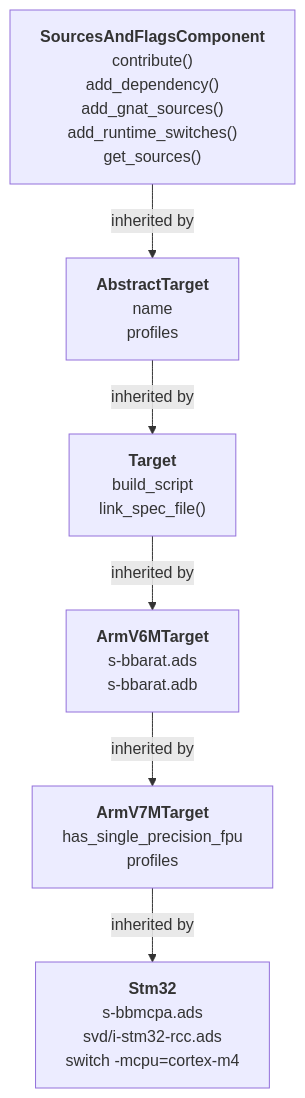
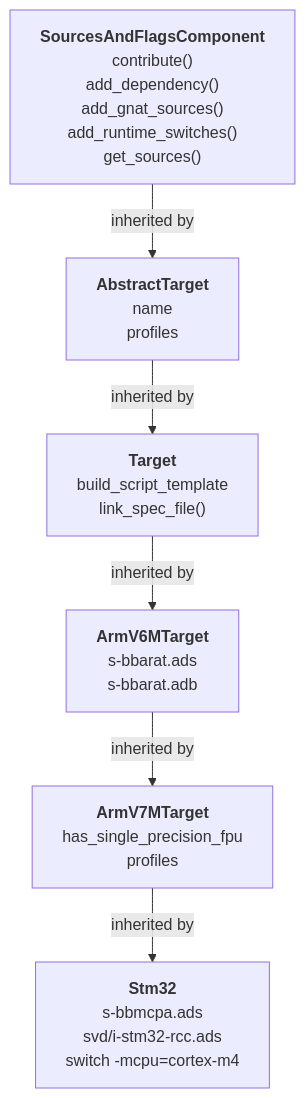
The second of 5 diagrams in doc/overview/3_architecture.rst (AdaCore/bb-runtimes), drawn with Mermaid before and after one commit. The commit also changed 11 other files, not shown here.

```diff
--- a/doc/overview/3_architecture.rst
+++ b/doc/overview/3_architecture.rst
@@ -194,15 +194,15 @@
 .. mermaid::
 
    flowchart TB
       SFC["<b>SourcesAndFlagsComponent</b><br/>contribute()<br/>add_dependency()<br/>add_gnat_sources()<br/>add_runtime_switches()<br/>get_sources()"]
       AT["<b>AbstractTarget</b><br/>name<br/>profiles"]
-      T["<b>Target</b><br/>build_script<br/>link_spec_file()"]
+      T["<b>Target</b><br/>build_script_template<br/>link_spec_file()"]
       A6["<b>ArmV6MTarget</b><br/>s-bbarat.ads<br/>s-bbarat.adb"]
       A7["<b>ArmV7MTarget</b><br/>has_single_precision_fpu<br/>profiles"]
       S["<b>Stm32</b><br/>s-bbmcpa.ads<br/>svd/i-stm32-rcc.ads<br/>switch -mcpu=cortex-m4"]
 
       SFC -->|inherited by| AT
       AT -->|inherited by| T
       T -->|inherited by| A6
       A6 -->|inherited by| A7
       A7 -->|inherited by| S
```
